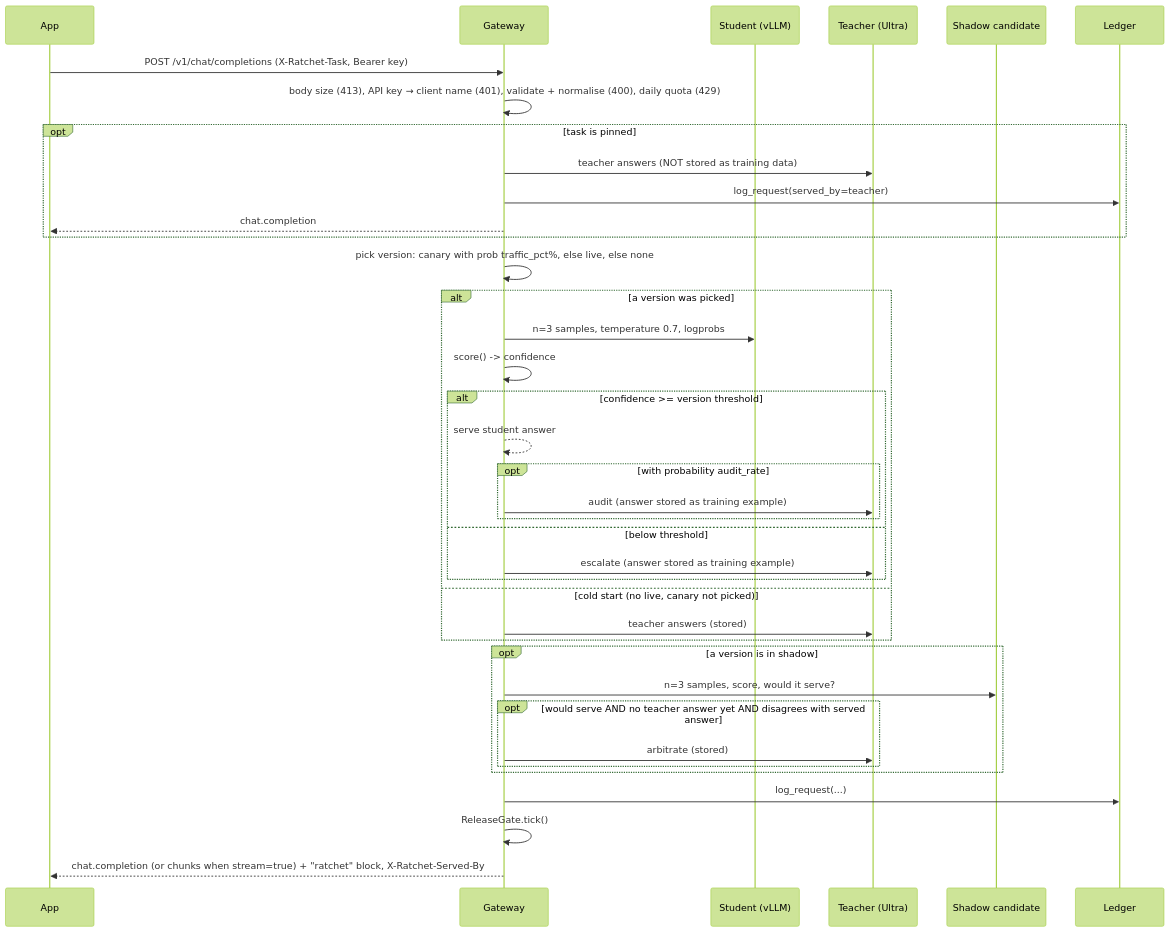
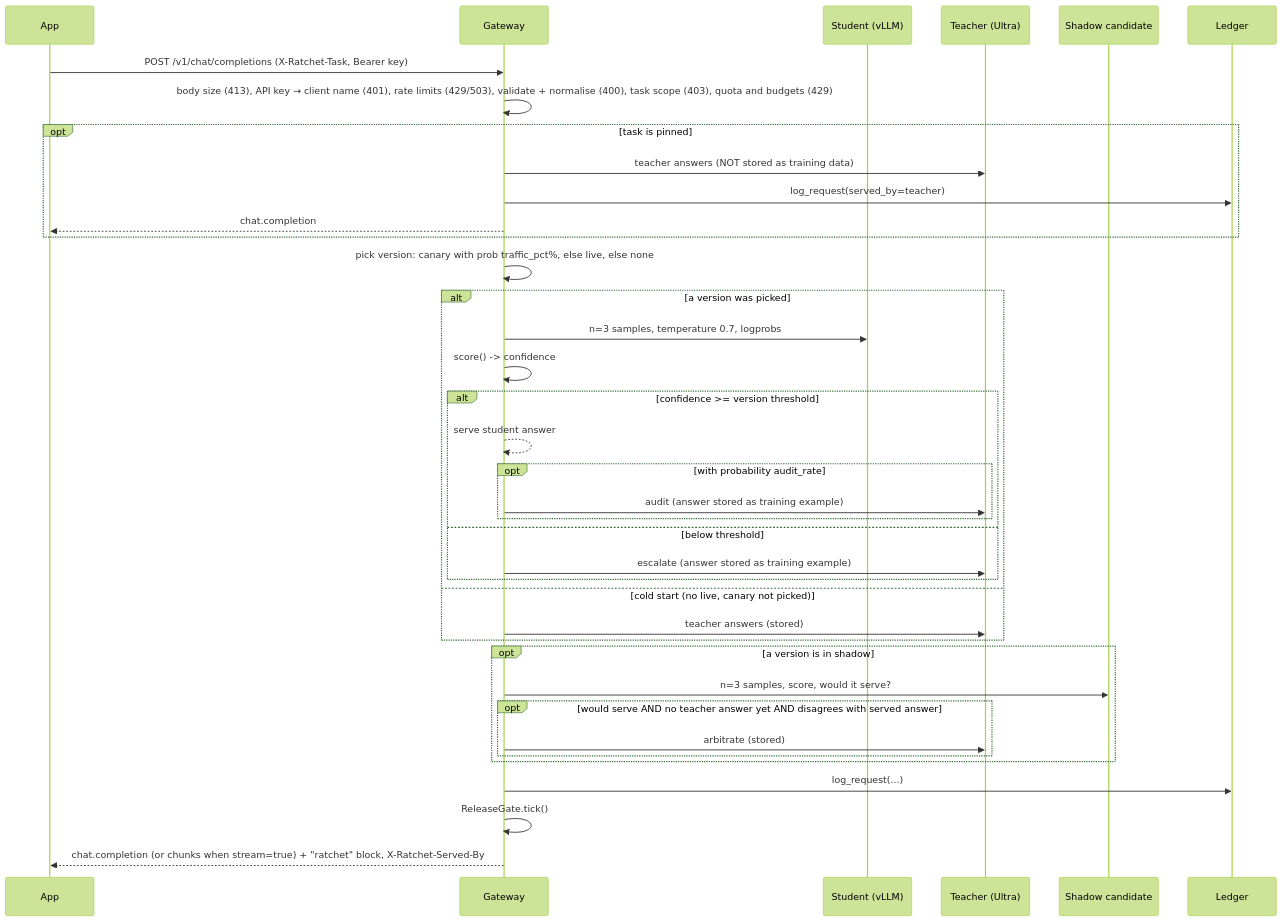
The first of 3 diagrams in docs/ARCHITECTURE.md (harshbhx/ratchet), drawn with Mermaid (forest theme) before and after one commit. The commit also changed other lines of this file and 33 other files, not shown here.

````diff
--- a/docs/ARCHITECTURE.md
+++ b/docs/ARCHITECTURE.md
@@ -79,40 +79,40 @@
 ```mermaid
 sequenceDiagram
     participant App
     participant GW as Gateway
     participant S as Student (vLLM)
     participant T as Teacher (Ultra)
     participant SH as Shadow candidate
     participant L as Ledger
     App->>GW: POST /v1/chat/completions (X-Ratchet-Task, Bearer key)
-    GW->>GW: body size (413), API key → client name (401), validate + normalise (400), daily quota (429)
+    GW->>GW: body size (413), API key → client name (401), rate limits (429/503), validate + normalise (400), task scope (403), quota and budgets (429)
     opt task is pinned
         GW->>T: teacher answers (NOT stored as training data)
         GW->>L: log_request(served_by=teacher)
         GW-->>App: chat.completion
     end
     GW->>GW: pick version: canary with prob traffic_pct%, else live, else none
     alt a version was picked
         GW->>S: n=3 samples, temperature 0.7, logprobs
         GW->>GW: score() -> confidence
         alt confidence >= version threshold
             GW-->>GW: serve student answer
             opt with probability audit_rate
                 GW->>T: audit (answer stored as training example)
             end
         else below threshold
             GW->>T: escalate (answer stored as training example)
         end
     else cold start (no live, canary not picked)
         GW->>T: teacher answers (stored)
     end
     opt a version is in shadow
         GW->>SH: n=3 samples, score, would it serve?
         opt would serve AND no teacher answer yet AND disagrees with served answer
             GW->>T: arbitrate (stored)
         end
     end
     GW->>L: log_request(...)
     GW->>GW: ReleaseGate.tick()
     GW-->>App: chat.completion (or chunks when stream=true) + "ratchet" block, X-Ratchet-Served-By
 ```
````
